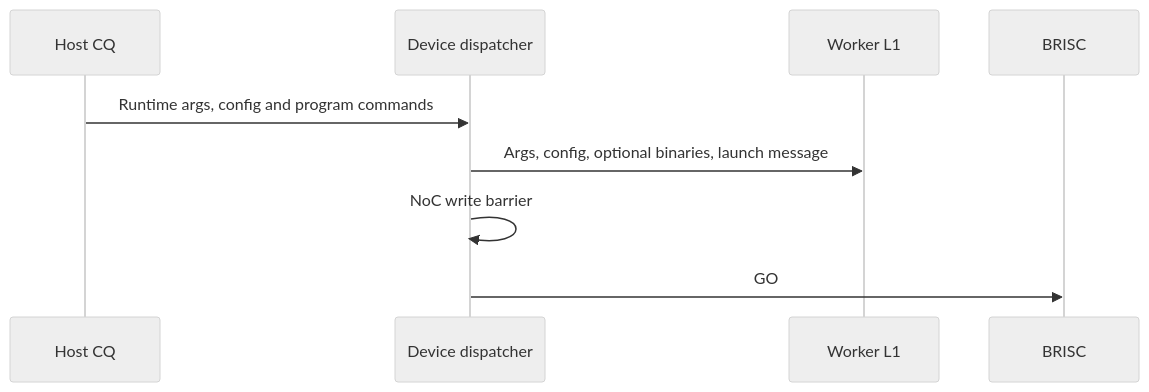
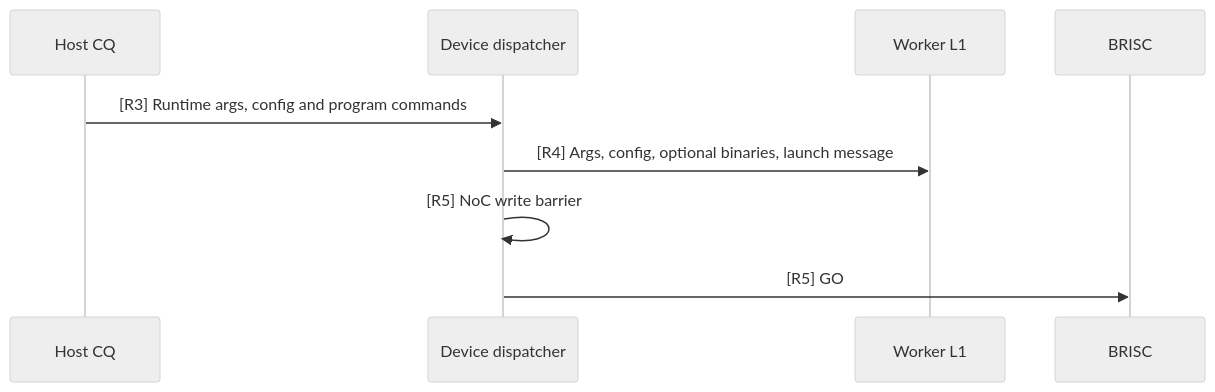
Before and after one commit to buicongnguyen/tt-sim: the ninth of 13 diagrams in public/RISC_FIRMWARE_TO_KERNEL_FLOW.md, drawn with Mermaid (neutral theme). The commit also changed other lines of this file and 4 other files, not shown here.

Commit message:
Link firmware flow steps to source

````diff
--- a/public/RISC_FIRMWARE_TO_KERNEL_FLOW.md
+++ b/public/RISC_FIRMWARE_TO_KERNEL_FLOW.md
@@ -312,11 +341,11 @@
 ```mermaid
 sequenceDiagram
     participant H as Host CQ
     participant D as Device dispatcher
     participant L1 as Worker L1
     participant BR as BRISC
-    H->>D: Runtime args, config and program commands
-    D->>L1: Args, config, optional binaries, launch message
-    D->>D: NoC write barrier
-    D->>BR: GO
+    H->>D: [R3] Runtime args, config and program commands
+    D->>L1: [R4] Args, config, optional binaries, launch message
+    D->>D: [R5] NoC write barrier
+    D->>BR: [R5] GO
 ```
````
